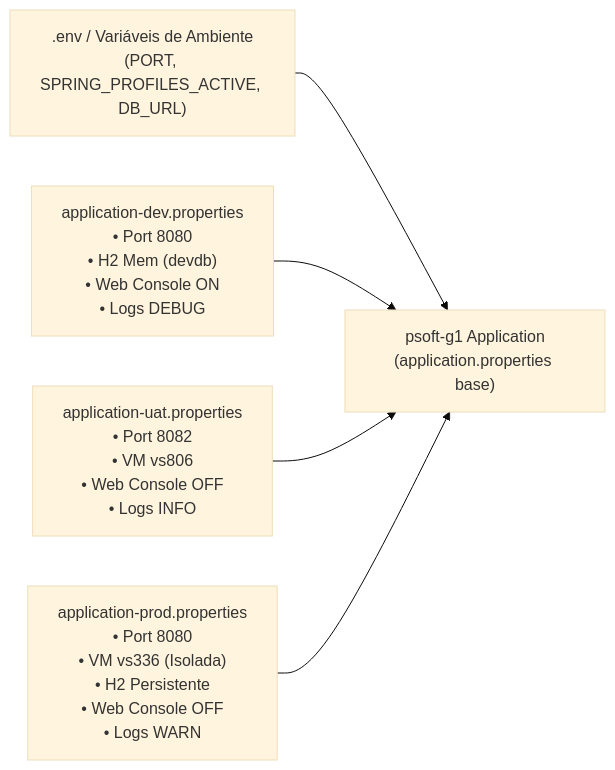
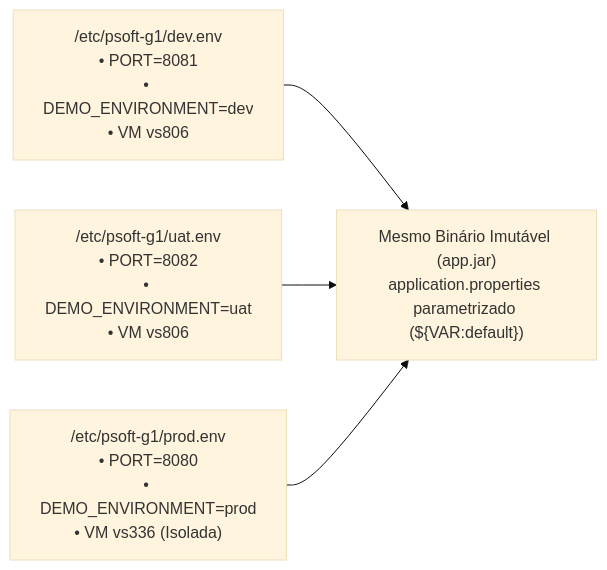
The first of 2 diagrams in Docs/ODSOFT/relatorio-contribuicoes-goncalo-neto.md (RafaelBrandao04/psoft-project-2026-1), drawn with Mermaid (base theme) before and after one commit. The commit also changed other lines of this file and 17 other files, not shown here.

````diff
--- a/Docs/ODSOFT/relatorio-contribuicoes-goncalo-neto.md
+++ b/Docs/ODSOFT/relatorio-contribuicoes-goncalo-neto.md
@@ -70,11 +68,10 @@
 ```mermaid
 flowchart LR
-    DEV["application-dev.properties<br/>• Port 8080<br/>• H2 Mem (devdb)<br/>• Web Console ON<br/>• Logs DEBUG"]
-    UAT["application-uat.properties<br/>• Port 8082<br/>• VM vs806<br/>• Web Console OFF<br/>• Logs INFO"]
-    PROD["application-prod.properties<br/>• Port 8080<br/>• VM vs336 (Isolada)<br/>• H2 Persistente<br/>• Web Console OFF<br/>• Logs WARN"]
+    DEV["/etc/psoft-g1/dev.env<br/>• PORT=8081<br/>• DEMO_ENVIRONMENT=dev<br/>• VM vs806"]
+    UAT["/etc/psoft-g1/uat.env<br/>• PORT=8082<br/>• DEMO_ENVIRONMENT=uat<br/>• VM vs806"]
+    PROD["/etc/psoft-g1/prod.env<br/>• PORT=8080<br/>• DEMO_ENVIRONMENT=prod<br/>• VM vs336 (Isolada)"]
     
-    ENV[".env / Variáveis de Ambiente<br/>(PORT, SPRING_PROFILES_ACTIVE, DB_URL)"] --> APP["psoft-g1 Application<br/>(application.properties base)"]
-    DEV --> APP
+    DEV --> APP["Mesmo Binário Imutável (app.jar)<br/>application.properties parametrizado (${VAR:default})"]
     UAT --> APP
     PROD --> APP
 ```
````
